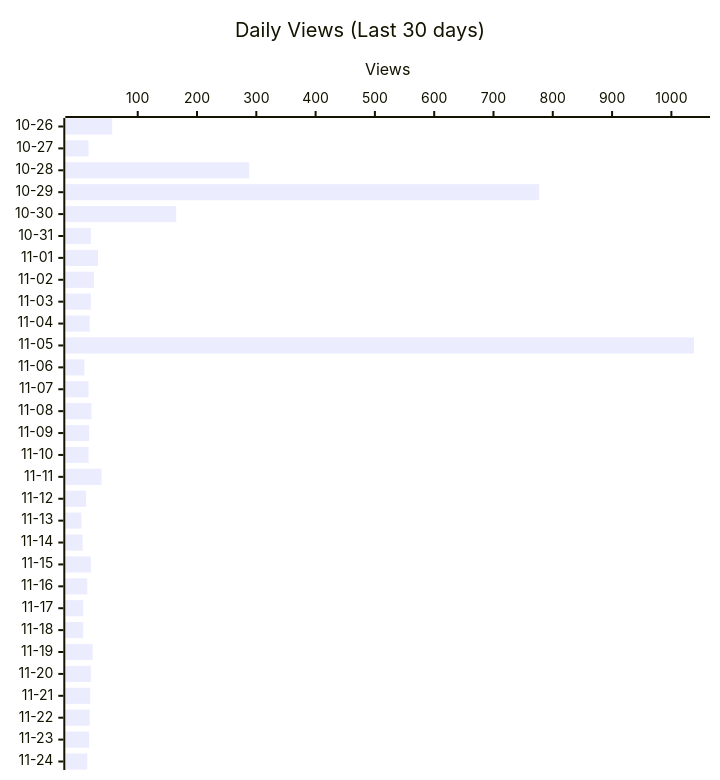
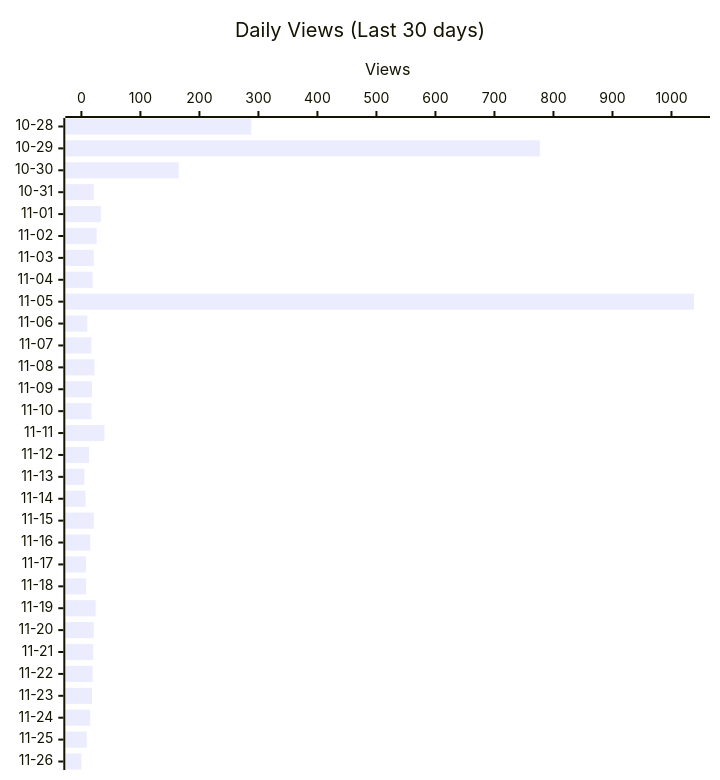
The second of 4 diagrams in README.md (shigechika/github-insights), drawn with Mermaid before and after one commit. The commit also changed other lines of this file and 1 other file, not shown here.

````diff
--- a/README.md
+++ b/README.md
@@ -28,12 +28,12 @@
 ```mermaid
 ---
 config:
   xyChart:
     height: 760
 ---
 xychart-beta horizontal
     title "Daily Views (Last 30 days)"
-    x-axis ["10-26", "10-27", "10-28", "10-29", "10-30", "10-31", "11-01", "11-02", "11-03", "11-04", "11-05", "11-06", "11-07", "11-08", "11-09", "11-10", "11-11", "11-12", "11-13", "11-14", "11-15", "11-16", "11-17", "11-18", "11-19", "11-20", "11-21", "11-22", "11-23", "11-24"]
+    x-axis ["10-28", "10-29", "10-30", "10-31", "11-01", "11-02", "11-03", "11-04", "11-05", "11-06", "11-07", "11-08", "11-09", "11-10", "11-11", "11-12", "11-13", "11-14", "11-15", "11-16", "11-17", "11-18", "11-19", "11-20", "11-21", "11-22", "11-23", "11-24", "11-25", "11-26"]
     y-axis "Views"
-    bar [57, 17, 288, 777, 165, 21, 33, 26, 21, 19, 1038, 10, 17, 22, 18, 17, 39, 13, 5, 7, 21, 15, 8, 8, 24, 21, 20, 19, 18, 15]
+    bar [288, 777, 165, 21, 33, 26, 21, 19, 1038, 10, 17, 22, 18, 17, 39, 13, 5, 7, 21, 15, 8, 8, 24, 21, 20, 19, 18, 15, 9, 0]
 ```
````
